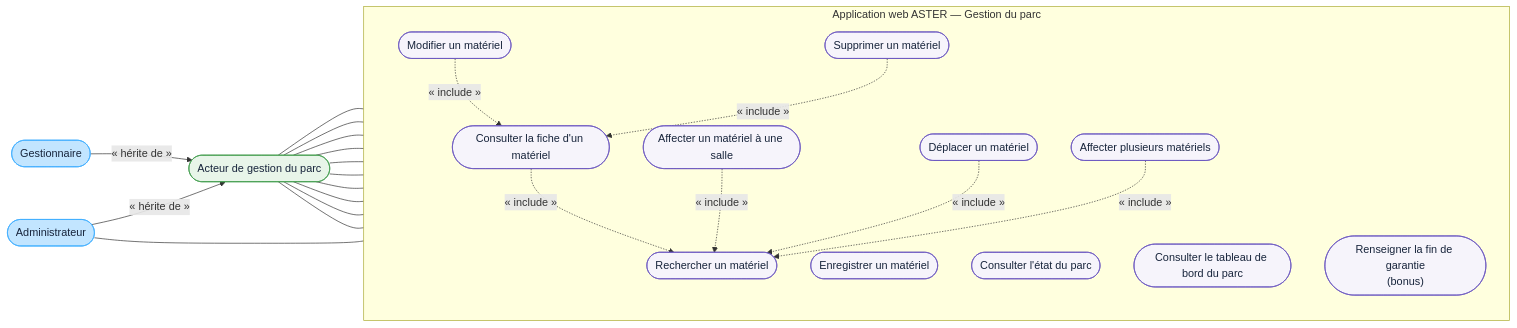
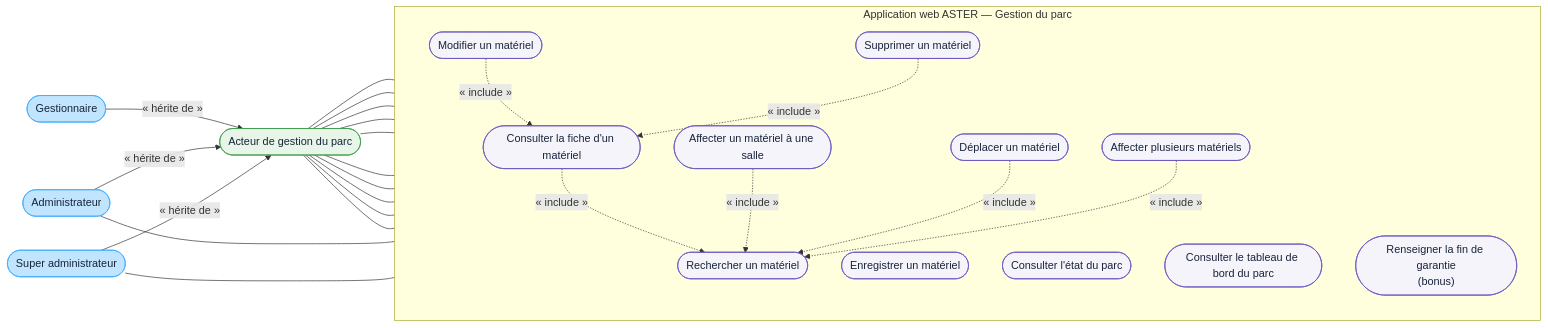
Before and after one commit to bpierrelouis/aster: the diagram in docs/08-DCU-GESTION-PARC.md, drawn with Mermaid. The commit also changed 10 other files, not shown here.

````diff
--- a/docs/08-DCU-GESTION-PARC.md
+++ b/docs/08-DCU-GESTION-PARC.md
@@ -3,50 +3,53 @@
 ```mermaid
 flowchart LR
     acteurGestion(["Acteur de gestion du parc"])
     gestionnaire(["Gestionnaire"])
     administrateur(["Administrateur"])
+    superAdministrateur(["Super administrateur"])
 
     gestionnaire -->|« hérite de »| acteurGestion
     administrateur -->|« hérite de »| acteurGestion
+    superAdministrateur -->|« hérite de »| acteurGestion
 
     subgraph aster["Application web ASTER — Gestion du parc"]
         direction TB
         rechercher(["Rechercher un matériel"])
         enregistrer(["Enregistrer un matériel"])
         consulter(["Consulter la fiche d'un matériel"])
         modifier(["Modifier un matériel"])
         supprimer(["Supprimer un matériel"])
         affecter(["Affecter un matériel à une salle"])
         deplacer(["Déplacer un matériel"])
         affecterGroupe(["Affecter plusieurs matériels"])
         consulterParc(["Consulter l'état du parc"])
         consulterTableau(["Consulter le tableau de bord du parc"])
         renseignerGarantie(["Renseigner la fin de garantie<br/>(bonus)"])
     end
 
     acteurGestion --- rechercher
     acteurGestion --- enregistrer
     acteurGestion --- consulter
     acteurGestion --- modifier
     acteurGestion --- affecter
     acteurGestion --- deplacer
     acteurGestion --- affecterGroupe
     acteurGestion --- consulterParc
     acteurGestion --- consulterTableau
     acteurGestion --- renseignerGarantie
     administrateur --- supprimer
+    superAdministrateur --- supprimer
 
     consulter -.->|« include »| rechercher
     modifier -.->|« include »| consulter
     supprimer -.->|« include »| consulter
     affecter -.->|« include »| rechercher
     deplacer -.->|« include »| rechercher
     affecterGroupe -.->|« include »| rechercher
 
     classDef acteur fill:#C2E5FF,stroke:#3DADFF,color:#17243B
     classDef acteurGeneral fill:#E8F5E9,stroke:#3E9B4B,color:#17243B
     classDef cas fill:#F6F4FB,stroke:#6954C0,color:#17243B
-    class gestionnaire,administrateur acteur
+    class gestionnaire,administrateur,superAdministrateur acteur
     class acteurGestion acteurGeneral
     class rechercher,enregistrer,consulter,modifier,supprimer,affecter,deplacer,affecterGroupe,consulterParc,consulterTableau,renseignerGarantie cas
 ```
````
